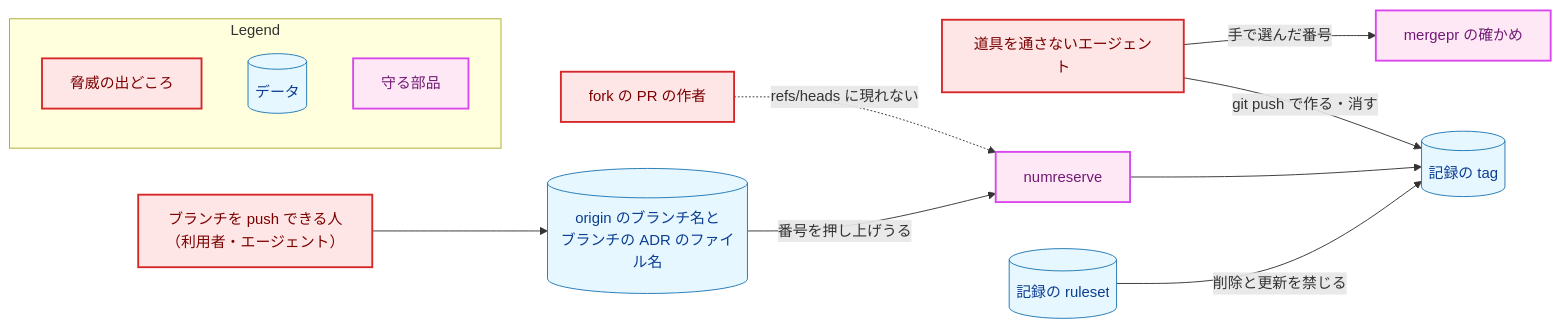
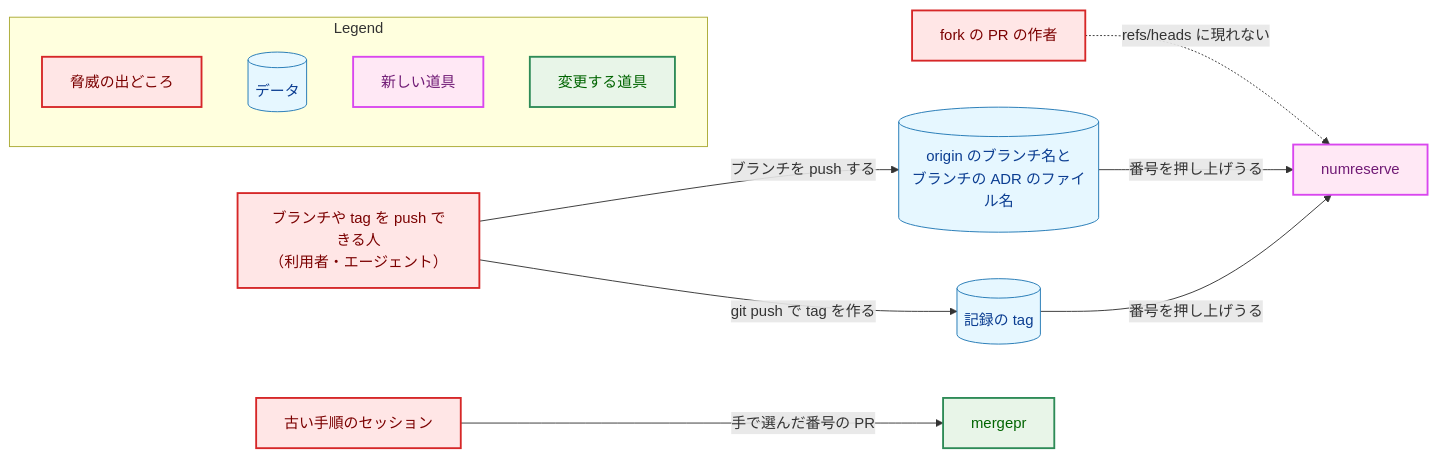
Before and after one commit to isseis/yt2column: the fourth of 6 diagrams in docs/tasks/0100_number_reservation/02_architecture.md, drawn with Mermaid. The commit also changed other lines of this file and 2 other files, not shown here.

First line of the commit message:
docs(0100): address architecture review findings and polish Japanese prose

````diff
--- a/docs/tasks/0100_number_reservation/02_architecture.md
+++ b/docs/tasks/0100_number_reservation/02_architecture.md
@@ -466,37 +542,38 @@
 ```mermaid
 flowchart LR
     classDef data fill:#e6f7ff,stroke:#1f77b4,stroke-width:1px,color:#0b3d91;
-    classDef process fill:#fff1e6,stroke:#ff7f0e,stroke-width:1px,color:#8a3e00;
+    classDef enhanced fill:#e8f5e8,stroke:#2e8b57,stroke-width:2px,color:#006400;
     classDef newpkg fill:#ffe8f5,stroke:#d946ef,stroke-width:2px,color:#701a75;
     classDef problem fill:#ffe6e6,stroke:#d62728,stroke-width:2px,color:#7b0000;
 
     FORK["fork の PR の作者"]
-    PUSHER["ブランチを push できる人<br>（利用者・エージェント）"]
-    AGENT["道具を通さないエージェント"]
+    PUSHER["ブランチや tag を push できる人<br>（利用者・エージェント）"]
+    OLD["古い手順のセッション"]
     BR[("origin のブランチ名と<br>ブランチの ADR のファイル名")]
     TAG[("記録の tag")]
     NR["numreserve"]
-    RS[("記録の ruleset")]
-    MR["mergepr の確かめ"]
+    MR["mergepr"]
 
     FORK -.->|"refs/heads に現れない"| NR
-    PUSHER --> BR
+    PUSHER -->|"ブランチを push する"| BR
+    PUSHER -->|"git push で tag を作る"| TAG
     BR -->|"番号を押し上げうる"| NR
-    AGENT -->|"git push で作る・消す"| TAG
-    RS -->|"削除と更新を禁じる"| TAG
-    NR --> TAG
-    AGENT -->|"手で選んだ番号"| MR
+    TAG -->|"番号を押し上げうる"| NR
+    OLD -->|"手で選んだ番号の PR"| MR
 
-    class FORK,PUSHER,AGENT problem
-    class BR,TAG,RS data
-    class NR,MR newpkg
+    class FORK,PUSHER,OLD problem
+    class BR,TAG data
+    class NR newpkg
+    class MR enhanced
 
     subgraph Legend["Legend"]
         L1["脅威の出どころ"]
         L2[("データ")]
-        L3["守る部品"]
+        L3["新しい道具"]
+        L4["変更する道具"]
     end
     class L1 problem
     class L2 data
     class L3 newpkg
+    class L4 enhanced
 ```
````
